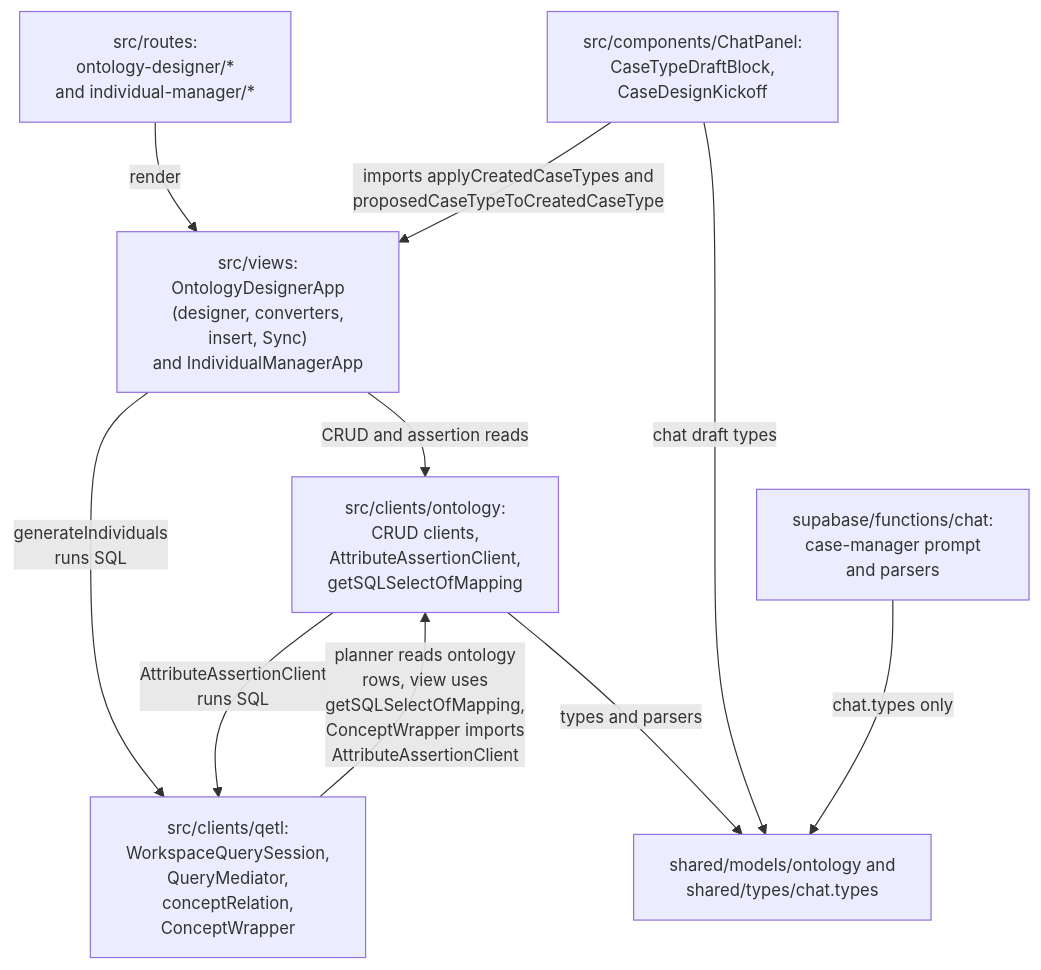
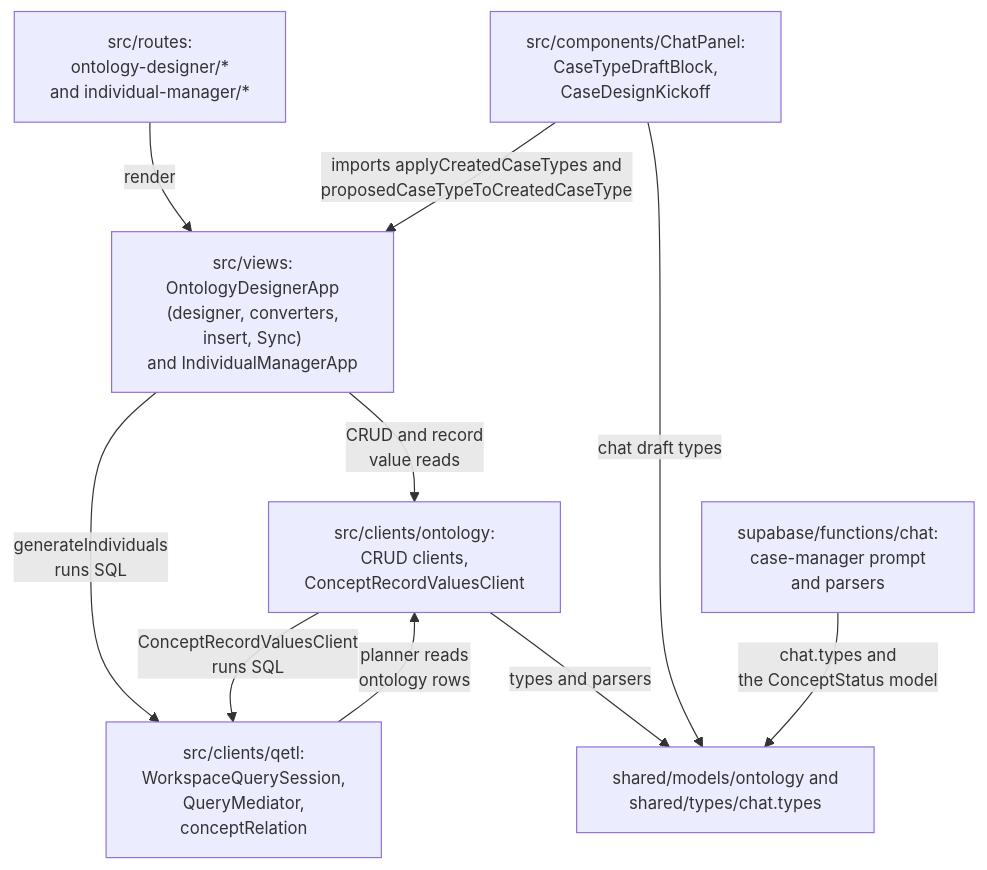
Before and after one commit to AvandarLabs/avandar: the first of 10 diagrams in docs/ontology-architecture.md, drawn with Mermaid. The commit also changed other lines of this file and 5031 other files, not shown here.

````diff
--- a/docs/ontology-architecture.md
+++ b/docs/ontology-architecture.md
@@ -100,20 +105,20 @@
 ```mermaid
 %%{init: {'themeVariables': {'fontSize': '14px'}}}%%
 flowchart TD
   RT["src/routes:<br/>ontology-designer/*<br/>and individual-manager/*"]
   VW["src/views:<br/>OntologyDesignerApp<br/>(designer, converters,<br/>insert, Sync)<br/>and IndividualManagerApp"]
   CP["src/components/ChatPanel:<br/>CaseTypeDraftBlock,<br/>CaseDesignKickoff"]
-  OC["src/clients/ontology:<br/>CRUD clients,<br/>AttributeAssertionClient,<br/>getSQLSelectOfMapping"]
-  QE["src/clients/qetl:<br/>WorkspaceQuerySession,<br/>QueryMediator,<br/>conceptRelation,<br/>ConceptWrapper"]
+  OC["src/clients/ontology:<br/>CRUD clients,<br/>ConceptRecordValuesClient"]
+  QE["src/clients/qetl:<br/>WorkspaceQuerySession,<br/>QueryMediator,<br/>conceptRelation"]
   SM["shared/models/ontology and<br/>shared/types/chat.types"]
   EF["supabase/functions/chat:<br/>case-manager prompt<br/>and parsers"]
   RT -- "render" --> VW
   CP -- "imports applyCreatedCaseTypes and<br/>proposedCaseTypeToCreatedCaseType" --> VW
-  VW -- "CRUD and assertion reads" --> OC
+  VW -- "CRUD and record<br/>value reads" --> OC
   VW -- "generateIndividuals<br/>runs SQL" --> QE
-  OC -- "AttributeAssertionClient<br/>runs SQL" --> QE
-  QE -- "planner reads ontology<br/>rows, view uses<br/>getSQLSelectOfMapping,<br/>ConceptWrapper imports<br/>AttributeAssertionClient" --> OC
+  OC -- "ConceptRecordValuesClient<br/>runs SQL" --> QE
+  QE -- "planner reads<br/>ontology rows" --> OC
   OC -- "types and parsers" --> SM
   CP -- "chat draft types" --> SM
-  EF -- "chat.types only" --> SM
+  EF -- "chat.types and<br/>the ConceptStatus model" --> SM
 ```
````
